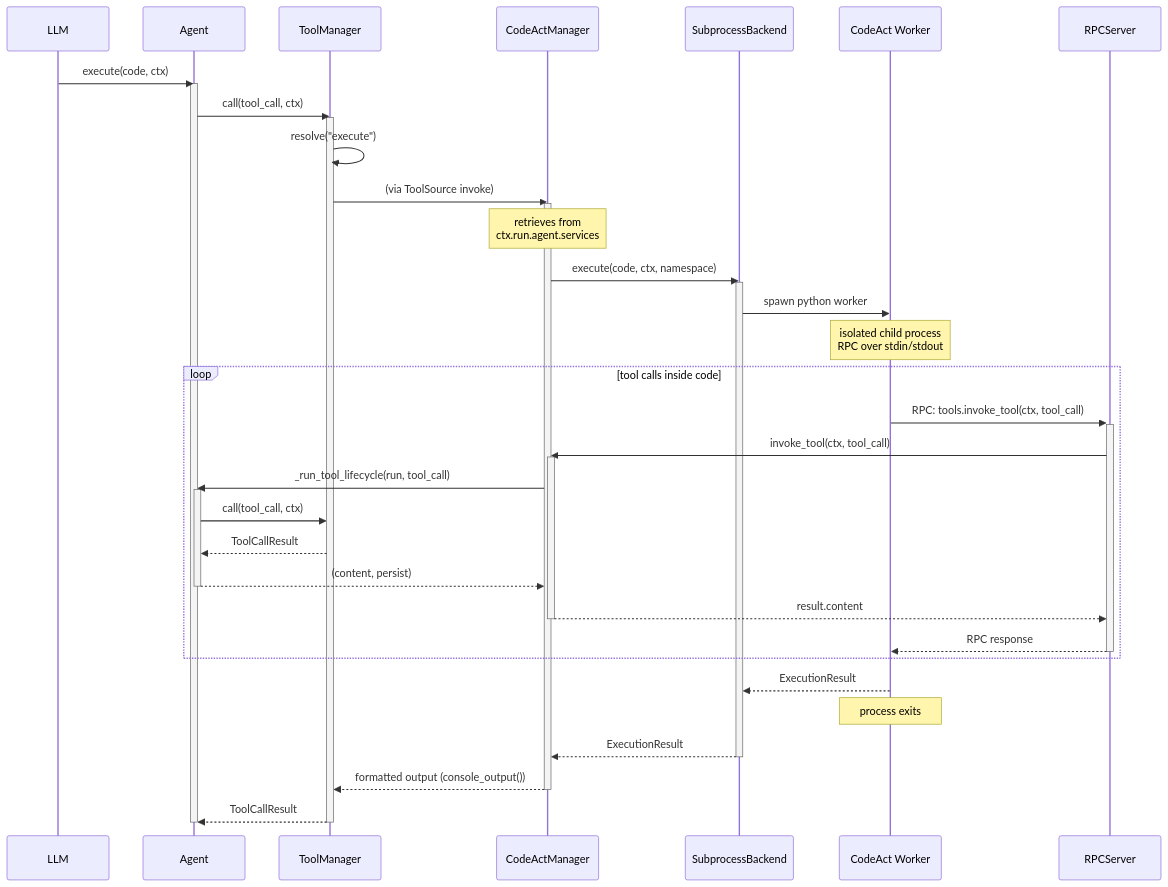
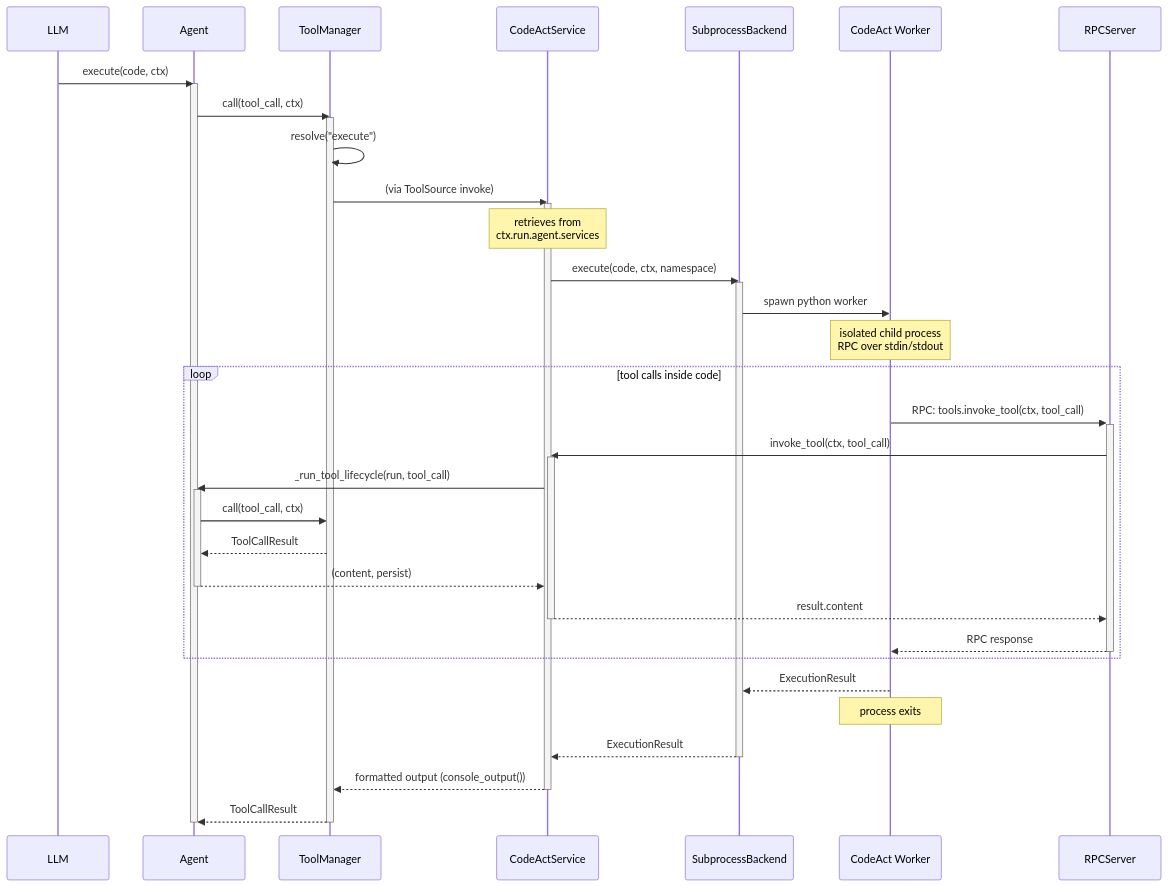
The third of 12 diagrams in visuals.md (matrixd0t/commamatrix), drawn with Mermaid before and after one commit. The commit also changed other lines of this file and 36 other files, not shown here.

````diff
--- a/visuals.md
+++ b/visuals.md
@@ -82,50 +82,50 @@
 ```mermaid
 sequenceDiagram
     participant LLM
     participant Agent
     participant TM as ToolManager
-    participant CodeActMgr as CodeActManager
+    participant CodeActMgr as CodeActService
     participant Backend as SubprocessBackend
     participant Worker as CodeAct Worker
     participant RPCServer
 
     LLM->>Agent: execute(code, ctx)
     activate Agent
 
     Agent->>TM: call(tool_call, ctx)
     activate TM
     TM->>TM: resolve("execute")
 
     TM->>CodeActMgr: (via ToolSource invoke)
     activate CodeActMgr
     Note over CodeActMgr: retrieves from<br/>ctx.run.agent.services
 
     CodeActMgr->>Backend: execute(code, ctx, namespace)
     activate Backend
 
     Backend->>Worker: spawn python worker
     Note over Worker: isolated child process<br/>RPC over stdin/stdout
 
     loop tool calls inside code
         Worker->>+RPCServer: RPC: tools.invoke_tool(ctx, tool_call)
         RPCServer->>+CodeActMgr: invoke_tool(ctx, tool_call)
         CodeActMgr->>+Agent: _run_tool_lifecycle(run, tool_call)
         Agent->>TM: call(tool_call, ctx)
         TM-->>Agent: ToolCallResult
         Agent-->>-CodeActMgr: (content, persist)
         CodeActMgr-->>-RPCServer: result.content
         RPCServer-->>-Worker: RPC response
     end
 
     Worker-->>Backend: ExecutionResult
     Note over Worker: process exits
 
     Backend-->>CodeActMgr: ExecutionResult
     deactivate Backend
 
     CodeActMgr-->>TM: formatted output (console_output())
     deactivate CodeActMgr
     TM-->>Agent: ToolCallResult
     deactivate TM
     deactivate Agent
 ```
````
